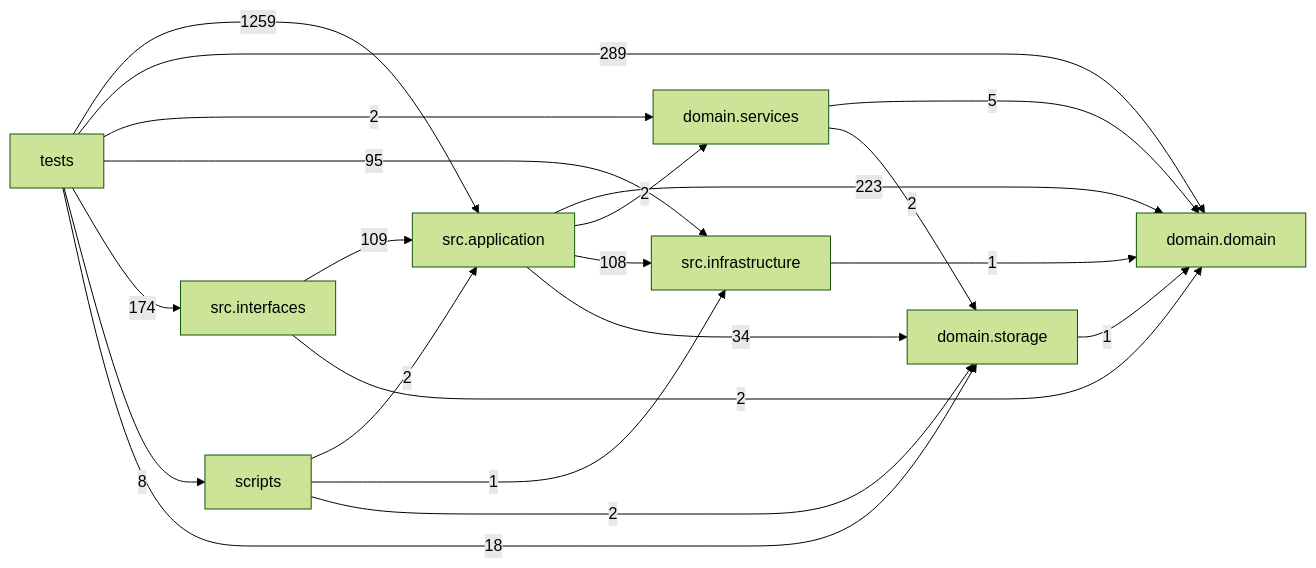
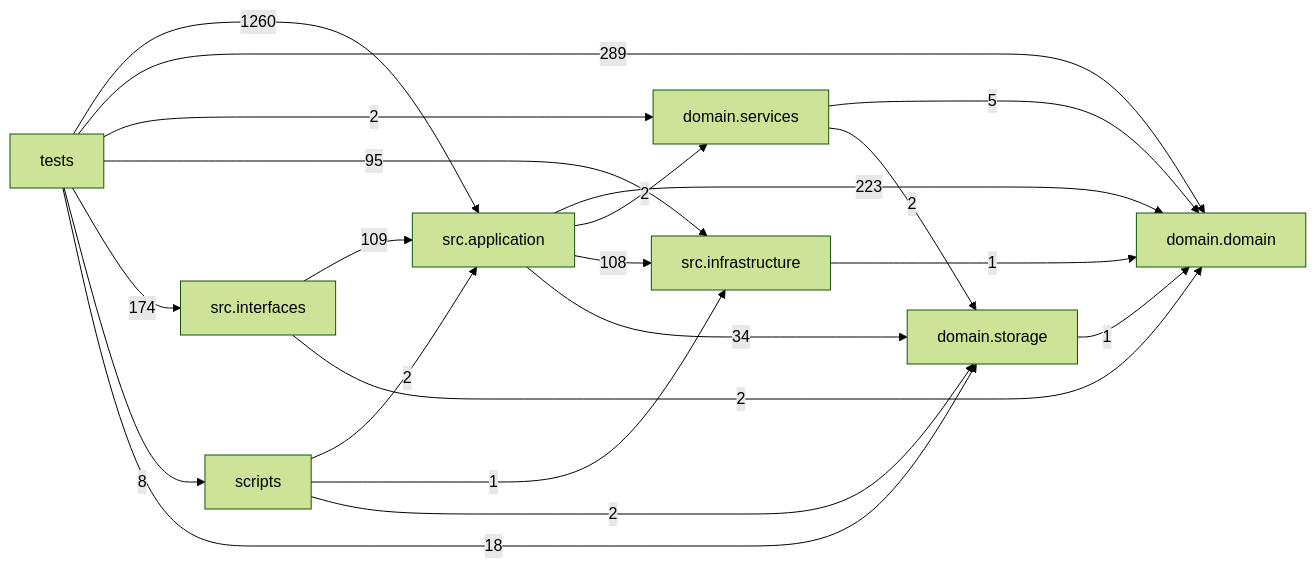
The diagram in docs/DEPENDENCY_GRAPH.md (liuxie066/options-monitor), drawn with Mermaid (forest theme) before and after one commit. The commit also changed other lines of this file and 6 other files, not shown here.

````diff
--- a/docs/DEPENDENCY_GRAPH.md
+++ b/docs/DEPENDENCY_GRAPH.md
@@ -24,31 +24,31 @@
 ```mermaid
 flowchart LR
   tests["tests"]
   scripts["scripts"]
   interfaces["src.interfaces"]
   application["src.application"]
   infrastructure["src.infrastructure"]
   domain_services["domain.services"]
   domain["domain.domain"]
   storage["domain.storage"]
   application -->|223| domain
   application -->|2| domain_services
   application -->|108| infrastructure
   application -->|34| storage
   domain_services -->|5| domain
   domain_services -->|2| storage
   infrastructure -->|1| domain
   interfaces -->|109| application
   interfaces -->|2| domain
   scripts -->|2| application
   scripts -->|1| infrastructure
   scripts -->|2| storage
   storage -->|1| domain
-  tests -->|1259| application
+  tests -->|1260| application
   tests -->|289| domain
   tests -->|2| domain_services
   tests -->|95| infrastructure
   tests -->|174| interfaces
   tests -->|8| scripts
   tests -->|18| storage
 ```
````
